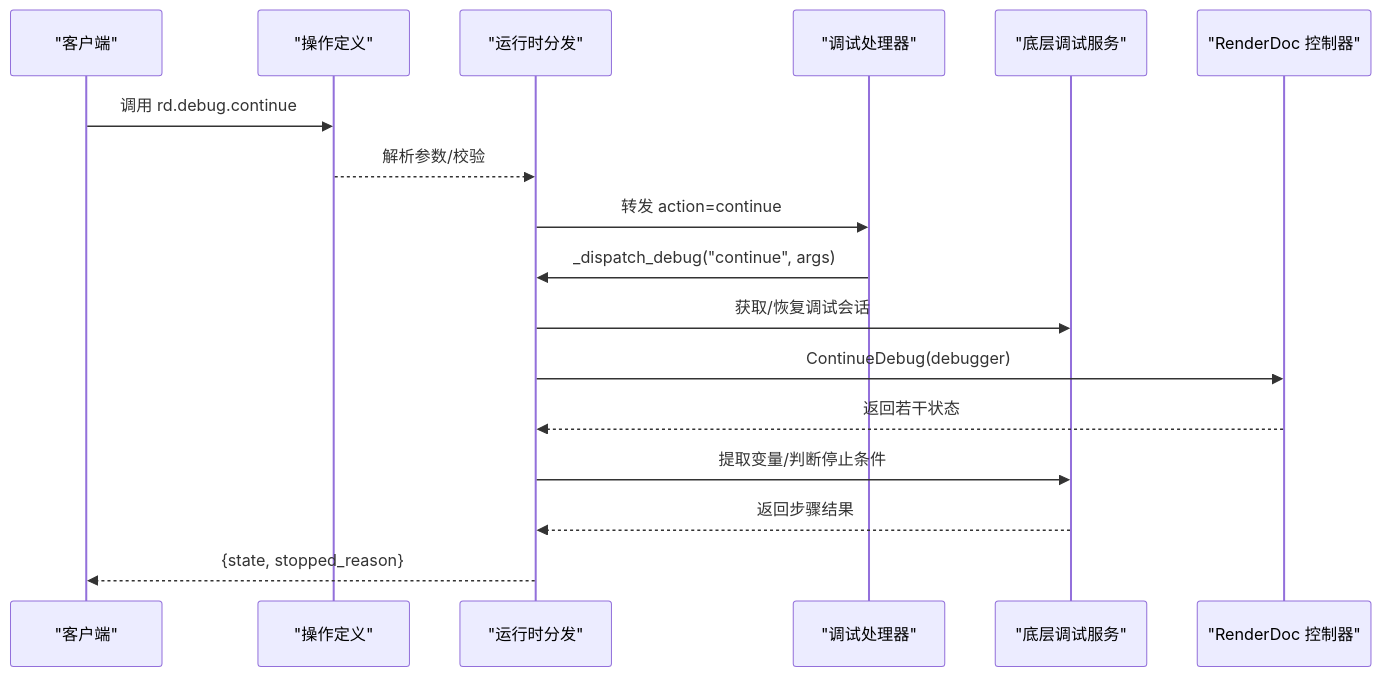
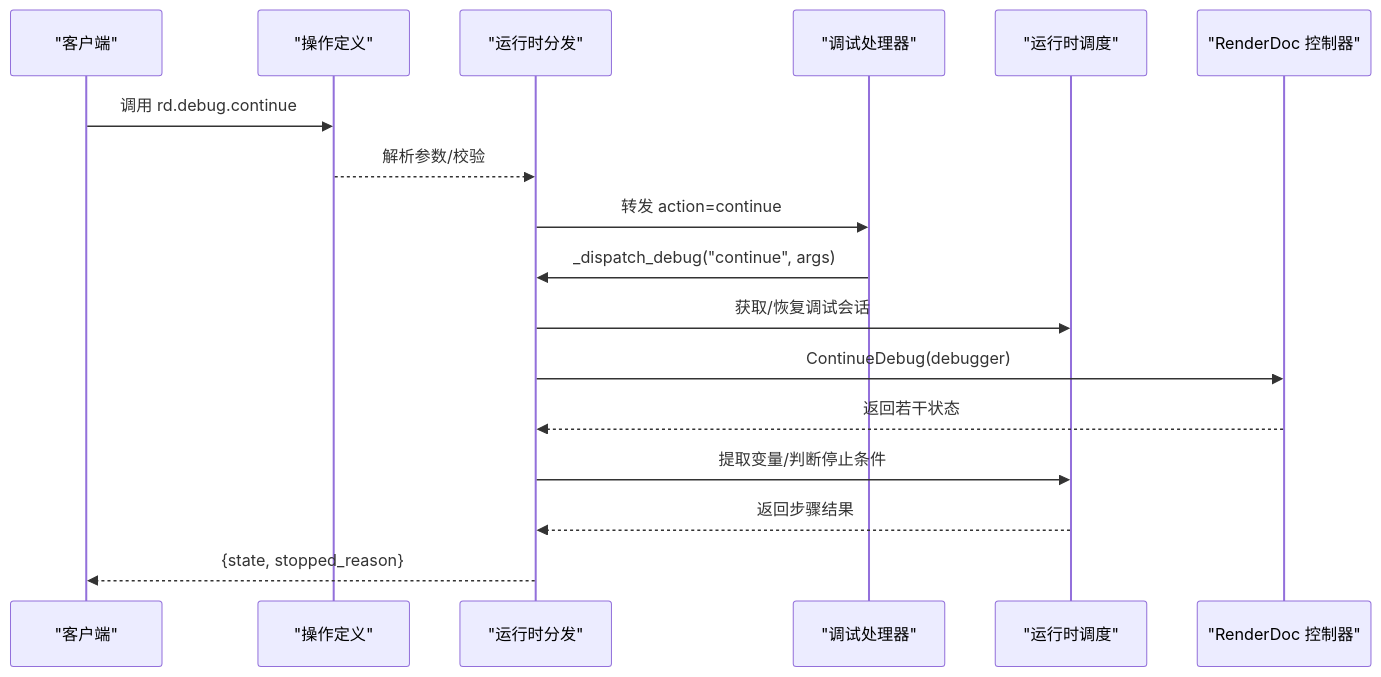
One commit to haolange/RDC-Tool changed the second of 8 diagrams in .qoder/repowiki/zh/content/API规范/Shader调试API.md. Above: the diagram before and after it, drawn with Mermaid. The commit also changed other lines of this file and 79 other files, not shown here.

````diff
--- a/.qoder/repowiki/zh/content/API规范/Shader调试API.md
+++ b/.qoder/repowiki/zh/content/API规范/Shader调试API.md
@@ -74,19 +84,19 @@
 ```mermaid
 sequenceDiagram
 participant Client as "客户端"
 participant Ops as "操作定义"
 participant RT as "运行时分发"
 participant H as "调试处理器"
-participant DS as "底层调试服务"
+participant DS as "运行时调度"
 participant RD as "RenderDoc 控制器"
 Client->>Ops : 调用 rd.debug.continue
 Ops-->>RT : 解析参数/校验
 RT->>H : 转发 action=continue
 H->>RT : _dispatch_debug("continue", args)
 RT->>DS : 获取/恢复调试会话
 RT->>RD : ContinueDebug(debugger)
 RD-->>RT : 返回若干状态
 RT->>DS : 提取变量/判断停止条件
 DS-->>RT : 返回步骤结果
 RT-->>Client : {state, stopped_reason}
 ```
````
